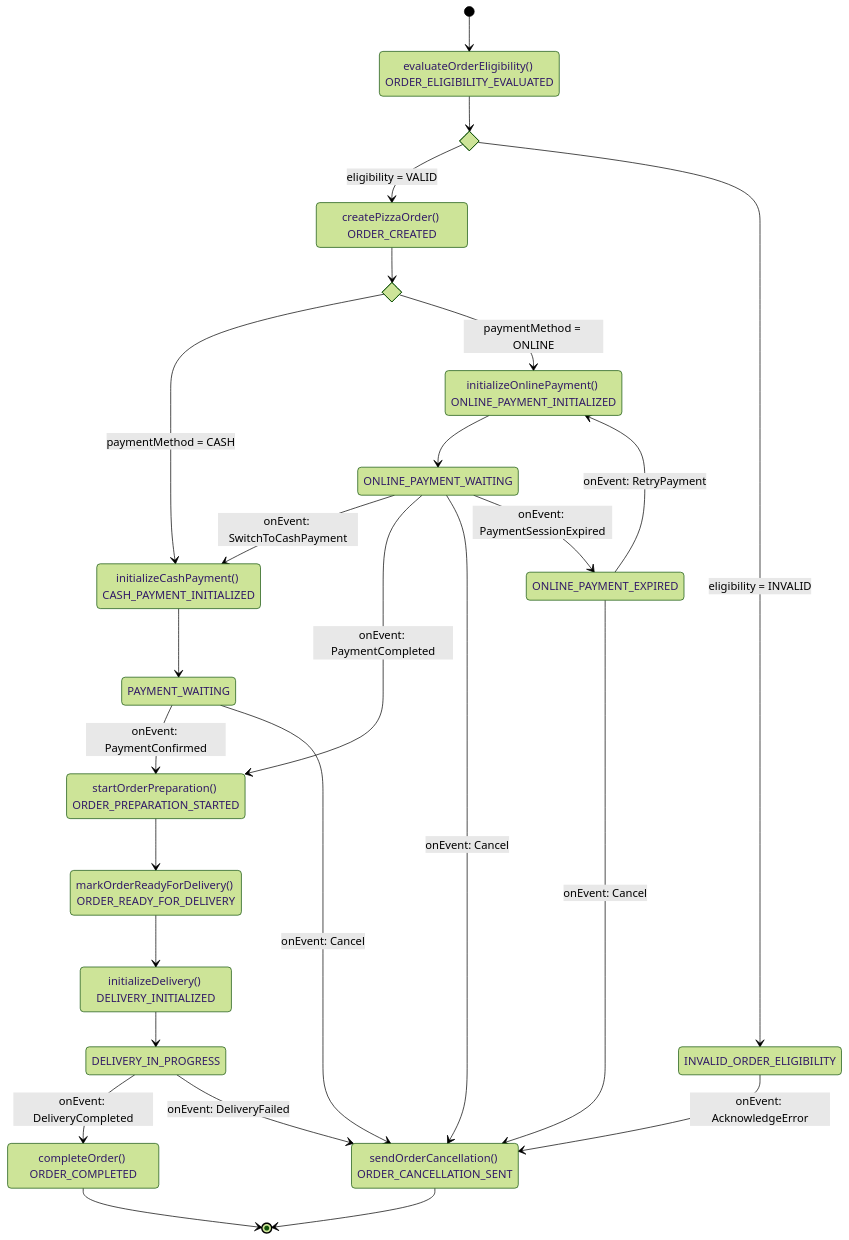
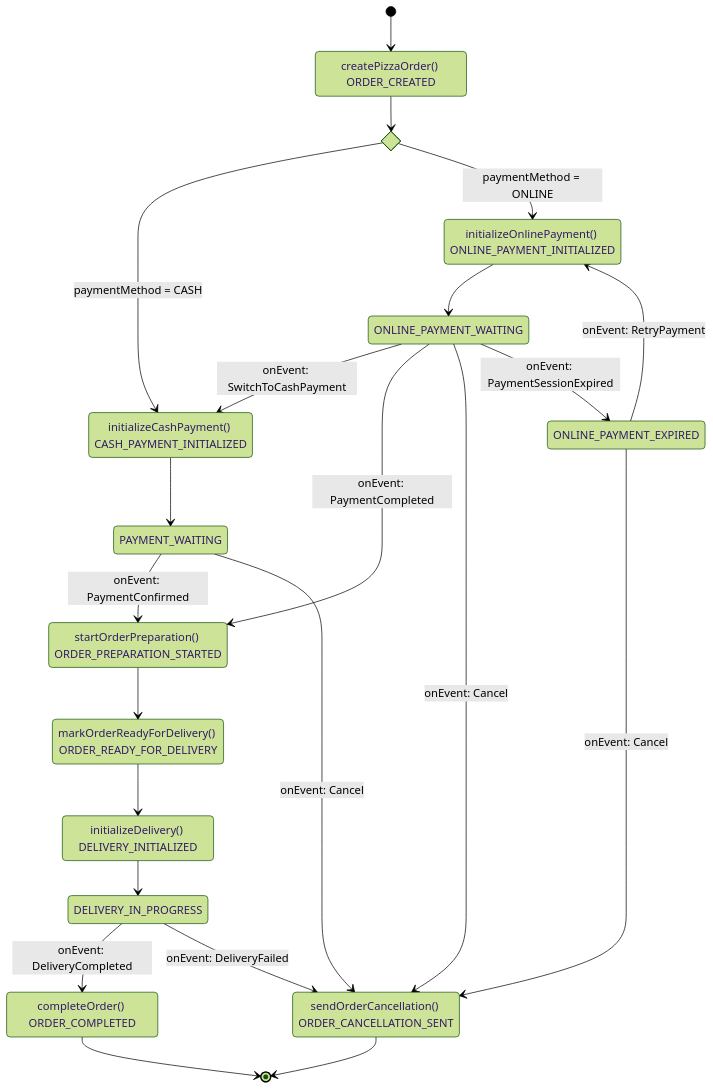
The diagram in README.md (marcingurbisz/flowlite), drawn with Mermaid (forest theme) before and after one commit. The commit also changed other lines of this file and 2 other files, not shown here.

Commit message:
Pizza process simplifications and improvements

````diff
--- a/README.md
+++ b/README.md
@@ -45,42 +47,36 @@
 ```mermaid
 stateDiagram-v2
-    state if_order_eligibility <<choice>>
     state if_payment_method <<choice>>
     
-    [*] --> ORDER_ELIGIBILITY_EVALUATED
+    [*] --> ORDER_CREATED
     ORDER_CANCELLATION_SENT --> [*]
-    ORDER_ELIGIBILITY_EVALUATED: evaluateOrderEligibility() ORDER_ELIGIBILITY_EVALUATED
-    ORDER_ELIGIBILITY_EVALUATED --> if_order_eligibility
-    if_order_eligibility --> ORDER_CREATED: eligibility = VALID
-    if_order_eligibility --> INVALID_ORDER_ELIGIBILITY: eligibility = INVALID
-    INVALID_ORDER_ELIGIBILITY --> ORDER_CANCELLATION_SENT: onEvent#58; AcknowledgeError
     ORDER_CREATED: createPizzaOrder() ORDER_CREATED
     ORDER_CREATED --> if_payment_method
     if_payment_method --> CASH_PAYMENT_INITIALIZED: paymentMethod = CASH
     if_payment_method --> ONLINE_PAYMENT_INITIALIZED: paymentMethod = ONLINE
     CASH_PAYMENT_INITIALIZED: initializeCashPayment() CASH_PAYMENT_INITIALIZED
     CASH_PAYMENT_INITIALIZED --> PAYMENT_WAITING
     PAYMENT_WAITING --> ORDER_PREPARATION_STARTED: onEvent#58; PaymentConfirmed
     PAYMENT_WAITING --> ORDER_CANCELLATION_SENT: onEvent#58; Cancel
     ONLINE_PAYMENT_INITIALIZED: initializeOnlinePayment() ONLINE_PAYMENT_INITIALIZED
     ONLINE_PAYMENT_INITIALIZED --> ONLINE_PAYMENT_WAITING
     ONLINE_PAYMENT_WAITING --> CASH_PAYMENT_INITIALIZED: onEvent#58; SwitchToCashPayment
     ONLINE_PAYMENT_WAITING --> ORDER_PREPARATION_STARTED: onEvent#58; PaymentCompleted
     ONLINE_PAYMENT_WAITING --> ORDER_CANCELLATION_SENT: onEvent#58; Cancel 
     ONLINE_PAYMENT_WAITING --> ONLINE_PAYMENT_EXPIRED: onEvent#58; PaymentSessionExpired
     ONLINE_PAYMENT_EXPIRED --> ONLINE_PAYMENT_INITIALIZED: onEvent#58; RetryPayment
     ONLINE_PAYMENT_EXPIRED --> ORDER_CANCELLATION_SENT: onEvent#58; Cancel
     ORDER_PREPARATION_STARTED: startOrderPreparation() ORDER_PREPARATION_STARTED
     ORDER_PREPARATION_STARTED --> ORDER_READY_FOR_DELIVERY
     ORDER_READY_FOR_DELIVERY: markOrderReadyForDelivery() ORDER_READY_FOR_DELIVERY
     ORDER_READY_FOR_DELIVERY --> DELIVERY_INITIALIZED
     
     DELIVERY_INITIALIZED: initializeDelivery() DELIVERY_INITIALIZED
     DELIVERY_INITIALIZED --> DELIVERY_IN_PROGRESS
     DELIVERY_IN_PROGRESS --> ORDER_COMPLETED: onEvent#58; DeliveryCompleted
     DELIVERY_IN_PROGRESS --> ORDER_CANCELLATION_SENT: onEvent#58; DeliveryFailed
     
     ORDER_COMPLETED: completeOrder() ORDER_COMPLETED
     ORDER_CANCELLATION_SENT: sendOrderCancellation() ORDER_CANCELLATION_SENT
     ORDER_COMPLETED --> [*]
 ```
````
